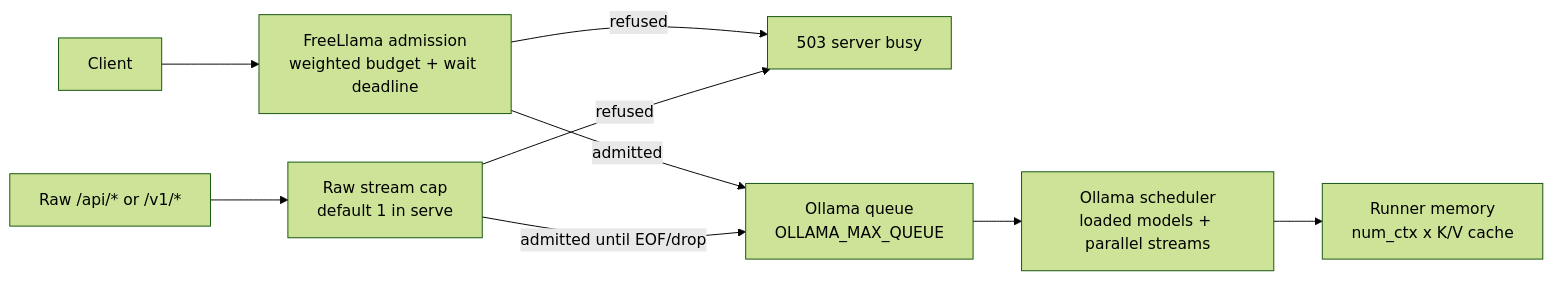
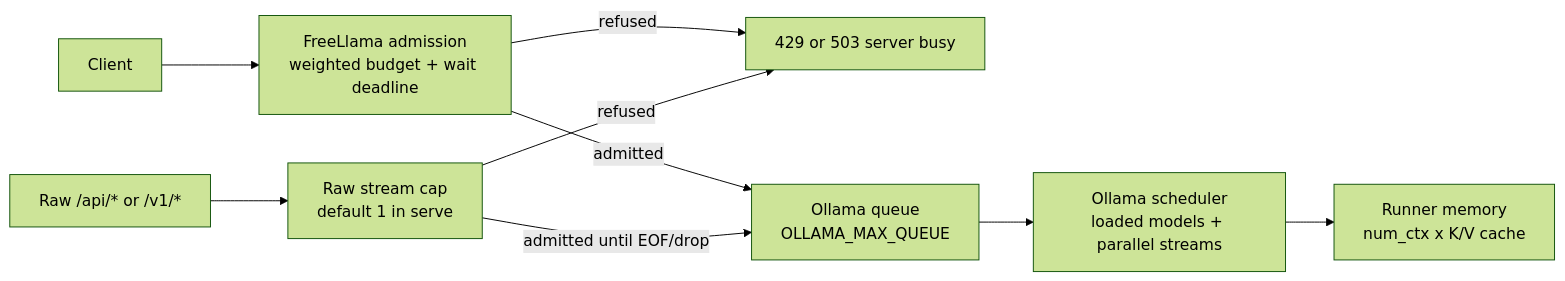
Before and after one commit to bgauryy/FreeLlama: the diagram in docs/PRODUCTION.md, drawn with Mermaid (forest theme). The commit also changed other lines of this file and 70 other files, not shown here.

Commit message:
update flow and docs (#13)

````diff
--- a/docs/PRODUCTION.md
+++ b/docs/PRODUCTION.md
@@ -91,11 +90,11 @@
 ```mermaid
 flowchart LR
     C["Client"] --> FQ["FreeLlama admission<br/>weighted budget + wait deadline"]
-    FQ -->|"refused"| E503["503 server busy"]
+    FQ -->|"refused"| E503["429 or 503 server busy"]
     FQ -->|"admitted"| OQ["Ollama queue<br/>OLLAMA_MAX_QUEUE"]
     RAW["Raw /api/* or /v1/*"] --> RC["Raw stream cap<br/>default 1 in serve"]
     RC -->|"refused"| E503
     RC -->|"admitted until EOF/drop"| OQ
     OQ --> S["Ollama scheduler<br/>loaded models + parallel streams"]
     S --> M["Runner memory<br/>num_ctx x K/V cache"]
 ```
````
